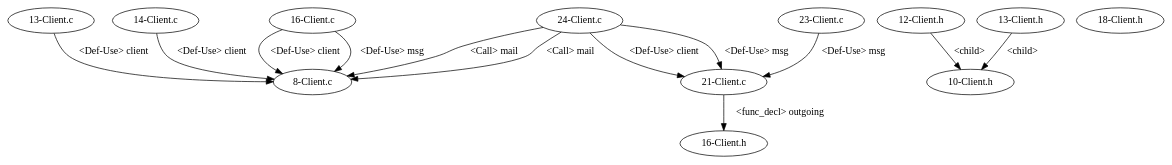
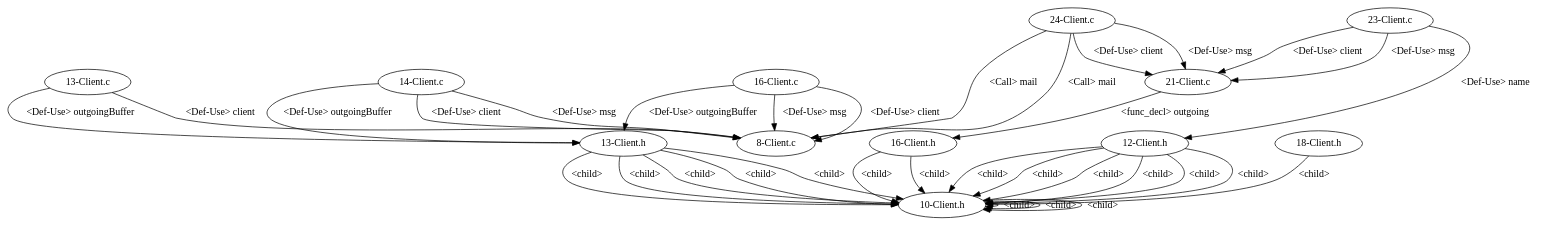
Before and after one commit to shuiblue/JDimeForCpp: the diagram in testcpp/dependencyGraph/EmailSystem/test_11/graph.gv, drawn with Graphviz. The commit also changed 11 other files, not shown here.

Commit message:
modify graph node to statement level, add parentLocation for functions, need test

```diff
--- a/testcpp/dependencyGraph/EmailSystem/test_11/graph.gv
+++ b/testcpp/dependencyGraph/EmailSystem/test_11/graph.gv
@@ -1,26 +1,47 @@
 digraph {
 10 [label = "8-Client.c"];
 11 [label = "13-Client.c"];
 11 -> 10[label="<Def-Use> client"];
 12 [label = "14-Client.c"];
 12 -> 10[label="<Def-Use> client"];
+12 -> 10[label="<Def-Use> msg"];
 13 [label = "16-Client.c"];
 13 -> 10[label="<Def-Use> client"];
 13 -> 10[label="<Def-Use> msg"];
 14 [label = "21-Client.c"];
 15 [label = "23-Client.c"];
 15 -> 14[label="<Def-Use> msg"];
+15 -> 14[label="<Def-Use> client"];
 16 [label = "24-Client.c"];
 16 -> 10[label="<Call> mail"];
 16 -> 14[label="<Def-Use> client"];
 16 -> 14[label="<Def-Use> msg"];
 17 [label = "10-Client.h"];
 18 [label = "12-Client.h"];
+18 -> 17[label="<child>"];
 19 [label = "13-Client.h"];
+18 -> 17[label="<child>"];
 19 -> 17[label="<child>"];
 18 -> 17[label="<child>"];
+19 -> 17[label="<child>"];
+18 -> 17[label="<child>"];
+17 -> 17[label="<child>"];
+19 -> 17[label="<child>"];
 20 [label = "16-Client.h"];
+18 -> 17[label="<child>"];
+20 -> 17[label="<child>"];
+17 -> 17[label="<child>"];
+19 -> 17[label="<child>"];
 21 [label = "18-Client.h"];
+18 -> 17[label="<child>"];
+20 -> 17[label="<child>"];
+17 -> 17[label="<child>"];
+19 -> 17[label="<child>"];
+21 -> 17[label="<child>"];
+15 -> 18[label="<Def-Use> name"];
+12 -> 19[label="<Def-Use> outgoingBuffer"];
+13 -> 19[label="<Def-Use> outgoingBuffer"];
 16 -> 10[label="<Call> mail"];
+11 -> 19[label="<Def-Use> outgoingBuffer"];
 14 -> 20[label="<func_decl> outgoing"];
 }
```
